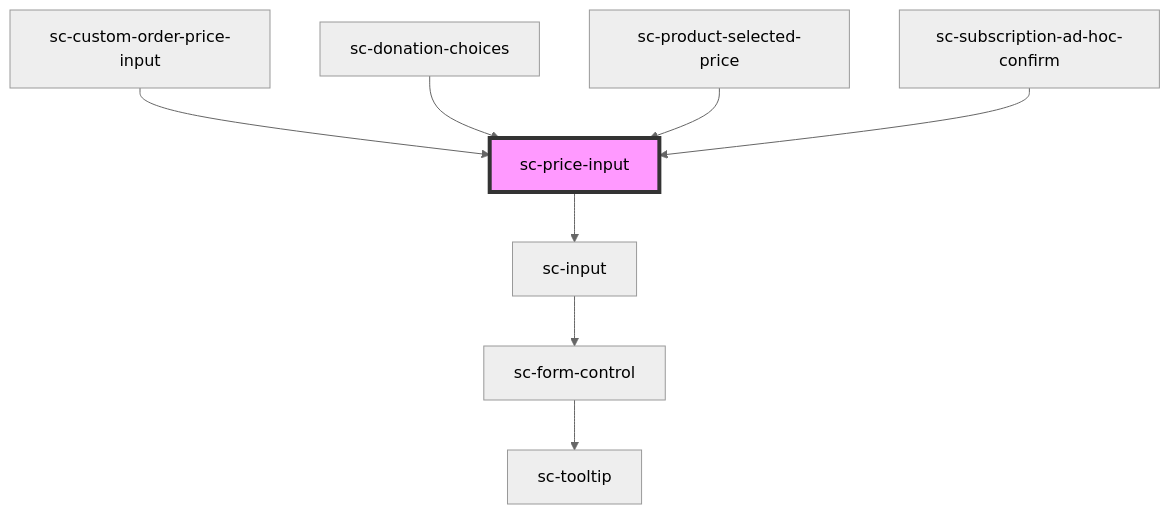
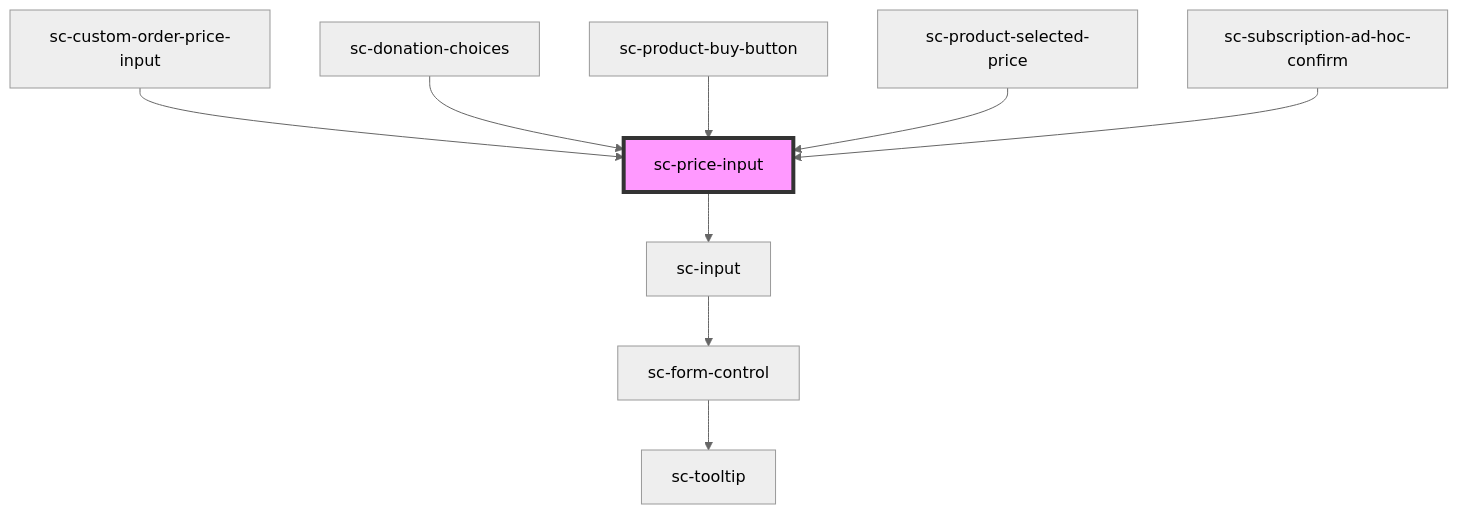
One commit to surecart/surecart-wp-plugin changed the diagram in packages/components/src/components/ui/price-input/readme.md. Above: the diagram before and after it, drawn with Mermaid (neutral theme). The commit also changed other lines of this file and 40 other files, not shown here.

Commit message:
Buy button changes.

````diff
--- a/packages/components/src/components/ui/price-input/readme.md
+++ b/packages/components/src/components/ui/price-input/readme.md
@@ -113,11 +114,12 @@
 ```mermaid
 graph TD;
   sc-price-input --> sc-input
   sc-input --> sc-form-control
   sc-form-control --> sc-tooltip
   sc-custom-order-price-input --> sc-price-input
   sc-donation-choices --> sc-price-input
+  sc-product-buy-button --> sc-price-input
   sc-product-selected-price --> sc-price-input
   sc-subscription-ad-hoc-confirm --> sc-price-input
   style sc-price-input fill:#f9f,stroke:#333,stroke-width:4px
 ```
````
